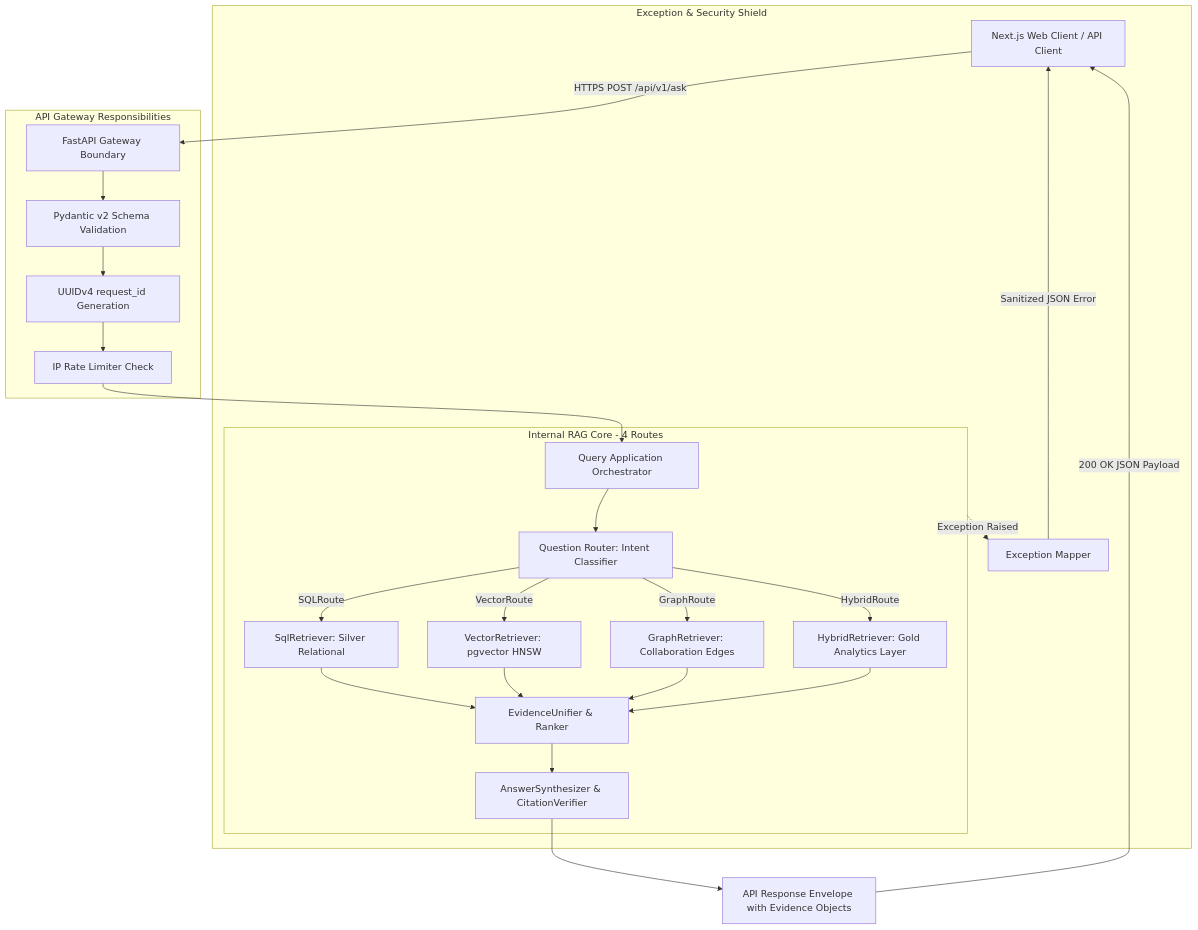
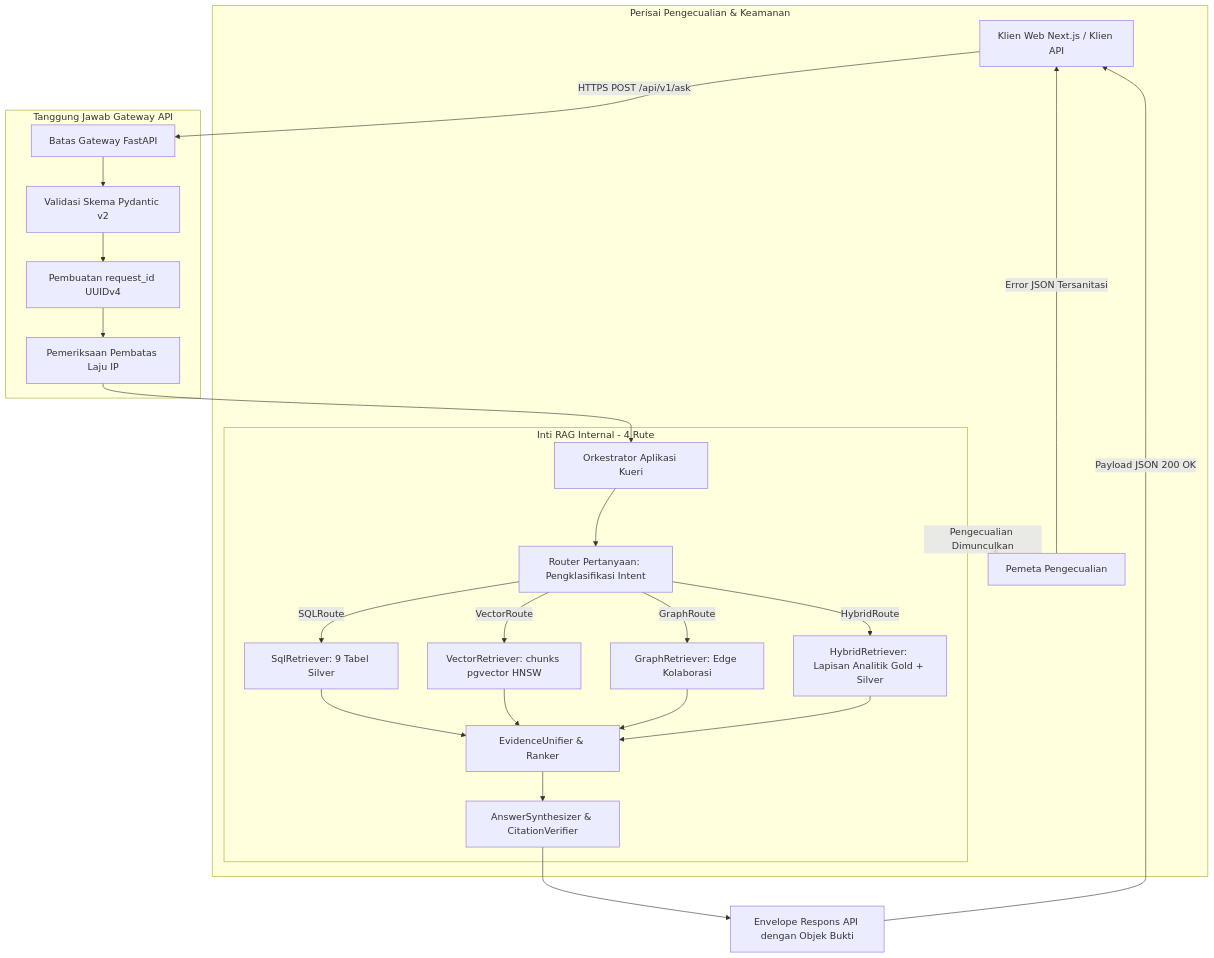
The diagram in docs/06 Api Design.md (CodeByAbi/AI-Bibliometrics), drawn with Mermaid before and after one commit. The commit also changed other lines of this file and 12 other files, not shown here.

````diff
--- a/docs/06 Api Design.md
+++ b/docs/06 Api Design.md
@@ -23,31 +25,31 @@
 ```mermaid
 flowchart TD
-    Client[Next.js Web Client / API Client] -->|HTTPS POST /api/v1/ask| Gateway[FastAPI Gateway Boundary]
+    Client[Klien Web Next.js / Klien API] -->|HTTPS POST /api/v1/ask| Gateway[Batas Gateway FastAPI]
     
-    subgraph GatewayBoundary [API Gateway Responsibilities]
-        Gateway --> PydanticVal[Pydantic v2 Schema Validation]
-        PydanticVal --> Trace[UUIDv4 request_id Generation]
-        Trace --> RateLimit[IP Rate Limiter Check]
+    subgraph GatewayBoundary [Tanggung Jawab Gateway API]
+        Gateway --> PydanticVal[Validasi Skema Pydantic v2]
+        PydanticVal --> Trace[Pembuatan request_id UUIDv4]
+        Trace --> RateLimit[Pemeriksaan Pembatas Laju IP]
     end
 
-    RateLimit --> AppService[Query Application Orchestrator]
+    RateLimit --> AppService[Orkestrator Aplikasi Kueri]
     
-    subgraph InternalRAGPipeline [Internal RAG Core - 4 Routes]
-        AppService --> Router[Question Router: Intent Classifier]
-        Router -->|SQLRoute| SQLR[SqlRetriever: Silver Relational]
-        Router -->|VectorRoute| VecR[VectorRetriever: pgvector HNSW]
-        Router -->|GraphRoute| GraphR[GraphRetriever: Collaboration Edges]
-        Router -->|HybridRoute| HybR[HybridRetriever: Gold Analytics Layer]
+    subgraph InternalRAGPipeline [Inti RAG Internal - 4 Rute]
+        AppService --> Router[Router Pertanyaan: Pengklasifikasi Intent]
+        Router -->|SQLRoute| SQLR[SqlRetriever: 9 Tabel Silver]
+        Router -->|VectorRoute| VecR[VectorRetriever: chunks pgvector HNSW]
+        Router -->|GraphRoute| GraphR[GraphRetriever: Edge Kolaborasi]
+        Router -->|HybridRoute| HybR[HybridRetriever: Lapisan Analitik Gold + Silver]
         
         SQLR & VecR & GraphR & HybR --> Unifier[EvidenceUnifier & Ranker]
         Unifier --> Synthesizer[AnswerSynthesizer & CitationVerifier]
     end
 
-    Synthesizer --> Formatter[API Response Envelope with Evidence Objects]
-    Formatter -->|200 OK JSON Payload| Client
+    Synthesizer --> Formatter[Envelope Respons API dengan Objek Bukti]
+    Formatter -->|Payload JSON 200 OK| Client
 
-    subgraph ErrorHandlingBoundary [Exception & Security Shield]
-        InternalRAGPipeline -.->|Exception Raised| ErrorMap[Exception Mapper]
-        ErrorMap -->|Sanitized JSON Error| Client
+    subgraph ErrorHandlingBoundary [Perisai Pengecualian & Keamanan]
+        InternalRAGPipeline -.->|Pengecualian Dimunculkan| ErrorMap[Pemeta Pengecualian]
+        ErrorMap -->|Error JSON Tersanitasi| Client
     end
 ```
````
